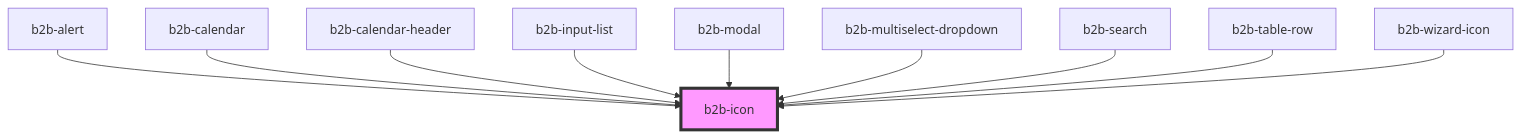
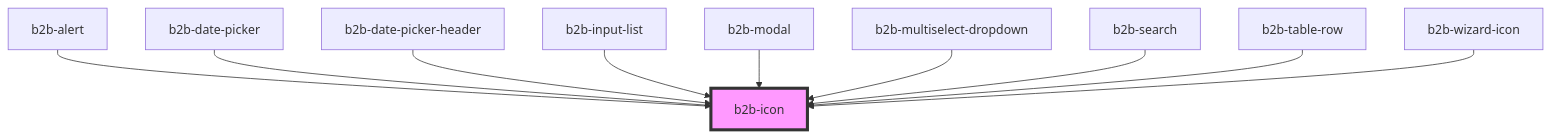
Before and after one commit to otto-de/b2b-design-system: the diagram in packages/core-components/src/components/icon/readme.md, drawn with Mermaid. The commit also changed other lines of this file and 29 other files, not shown here.

Commit message:
docs(DatePicker): [BLA-988] Rename calendar to date picker

````diff
--- a/packages/core-components/src/components/icon/readme.md
+++ b/packages/core-components/src/components/icon/readme.md
@@ -35,13 +35,13 @@
 ```mermaid
 graph TD;
   b2b-alert --> b2b-icon
-  b2b-calendar --> b2b-icon
-  b2b-calendar-header --> b2b-icon
+  b2b-date-picker --> b2b-icon
+  b2b-date-picker-header --> b2b-icon
   b2b-input-list --> b2b-icon
   b2b-modal --> b2b-icon
   b2b-multiselect-dropdown --> b2b-icon
   b2b-search --> b2b-icon
   b2b-table-row --> b2b-icon
   b2b-wizard-icon --> b2b-icon
   style b2b-icon fill:#f9f,stroke:#333,stroke-width:4px
 ```
````
